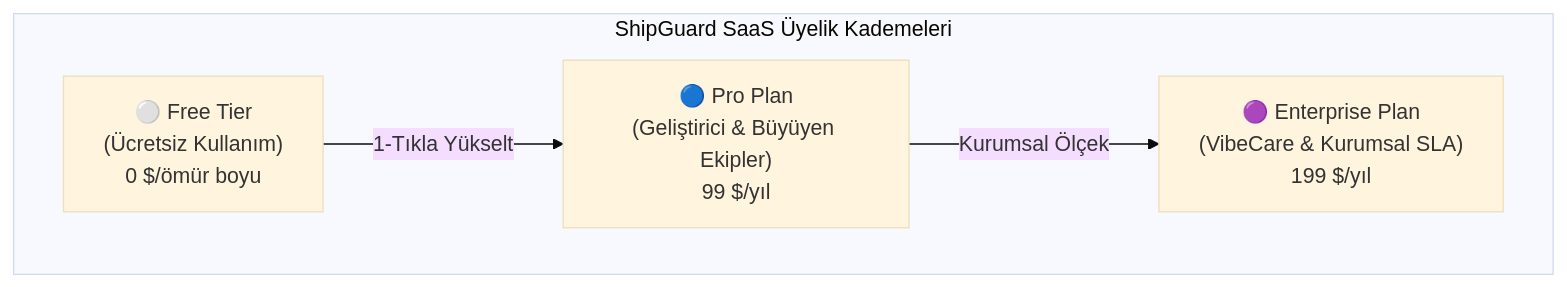
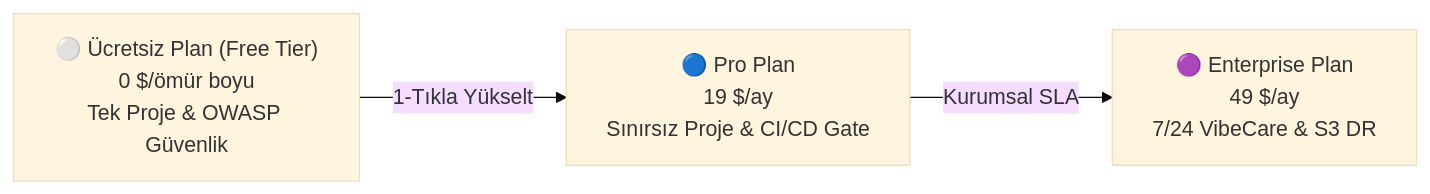
The third of 3 diagrams in docs/PLAN.md (BedirhanElibol/shipguard-saas), drawn with Mermaid (base theme) before and after one commit. The commit also changed other lines of this file and 20 other files, not shown here.

````diff
--- a/docs/PLAN.md
+++ b/docs/PLAN.md
@@ -124,10 +634,5 @@
 ```mermaid
-graph TD
-    subgraph Kademeler ["ShipGuard SaaS Üyelik Kademeleri"]
-        F["⚪ Free Tier<br/>(Ücretsiz Kullanım)<br/>0 $/ömür boyu"]
-        P["🔵 Pro Plan<br/>(Geliştirici & Büyüyen Ekipler)<br/>99 $/yıl"]
-        E["🟣 Enterprise Plan<br/>(VibeCare & Kurumsal SLA)<br/>199 $/yıl"]
-    end
-    F -->|"1-Tıkla Yükselt"| P
-    P -->|"Kurumsal Ölçek"| E
+graph LR
+    F["⚪ Ücretsiz Plan (Free Tier)<br/>0 $/ömür boyu<br/>Tek Proje & OWASP Güvenlik"] -->|"1-Tıkla Yükselt"| P["🔵 Pro Plan<br/>19 $/ay<br/>Sınırsız Proje & CI/CD Gate"]
+    P -->|"Kurumsal SLA"| E["🟣 Enterprise Plan<br/>49 $/ay<br/>7/24 VibeCare & S3 DR"]
 ```
````
